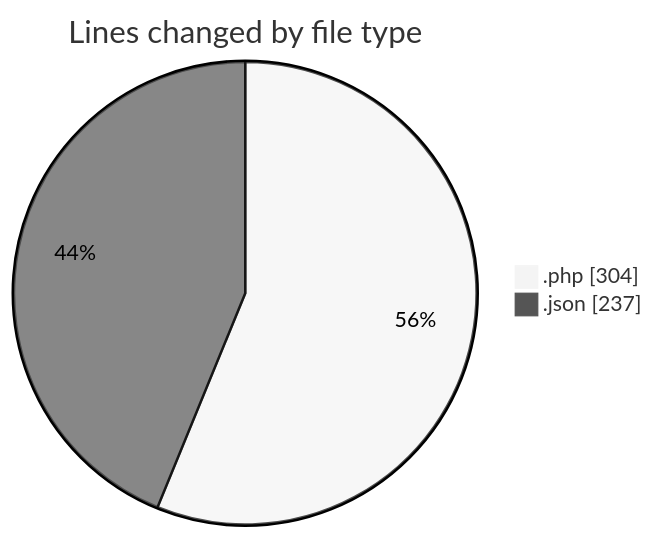
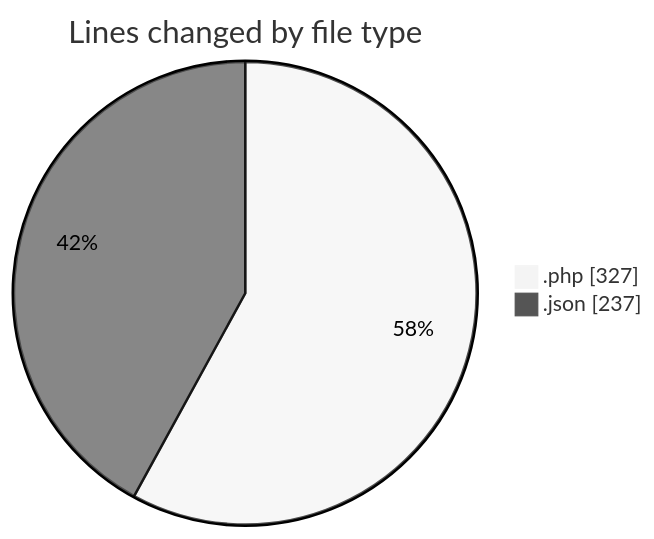
One commit to idhammustaqopulfikri/code-tracking changed the first of 2 diagrams in 2025-06-15/studio-backend/README.md. Above: the diagram before and after it, drawn with Mermaid (neutral theme). The commit also changed other lines of this file and 1 other file, not shown here.

````diff
--- a/2025-06-15/studio-backend/README.md
+++ b/2025-06-15/studio-backend/README.md
@@ -24,6 +24,6 @@
 ```mermaid
 pie showData
 title Lines changed by file type
-".php" : 304
+".php" : 327
 ".json" : 237
 ```
````
